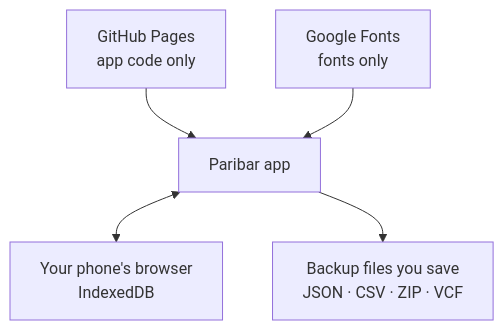
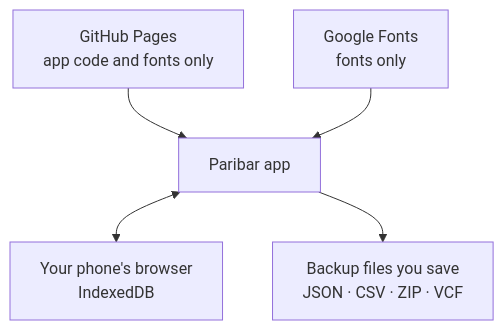
One commit to akaseahawk/paribar-family-tree changed the ninth of 10 diagrams in README.md. Above: the diagram before and after it, drawn with Mermaid.

Commit message:
README: fonts are self-hosted, remove Google Fonts from diagram

````diff
--- a/README.md
+++ b/README.md
@@ -214,7 +214,7 @@
 ```mermaid
 flowchart TD
-  S["GitHub Pages<br/>app code only"] --> A["Paribar app"]
+  S["GitHub Pages<br/>app code and fonts only"] --> A["Paribar app"]
   F["Google Fonts<br/>fonts only"] --> A
   A <--> P["Your phone's browser<br/>IndexedDB"]
   A --> B["Backup files you save<br/>JSON · CSV · ZIP · VCF"]
 ```
````
